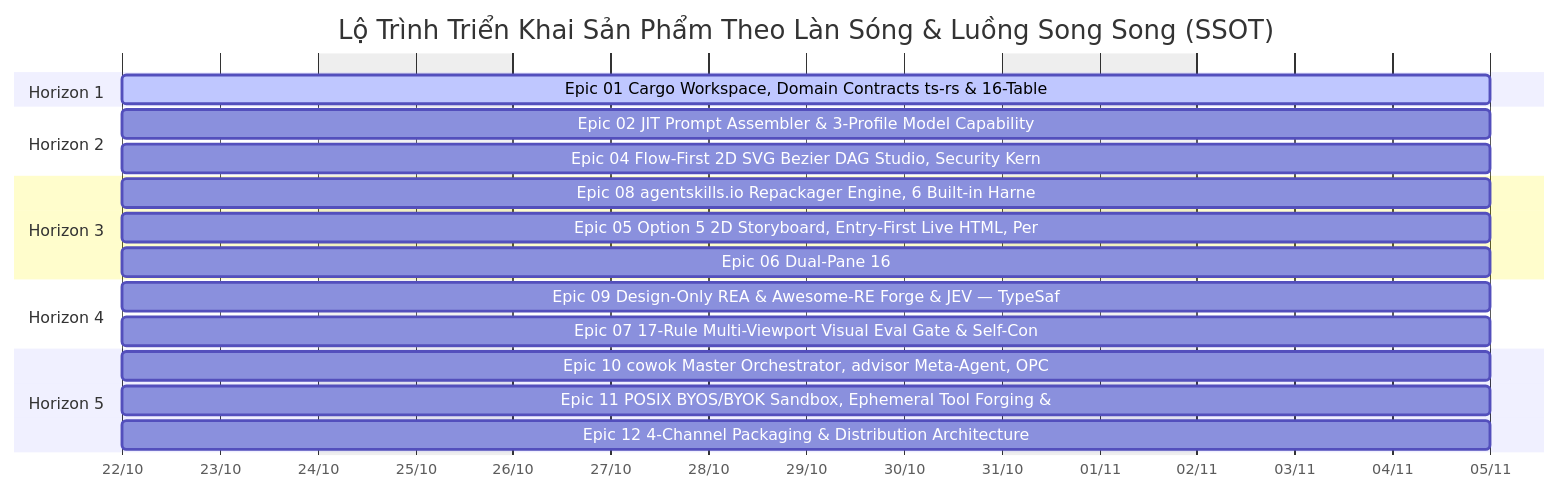
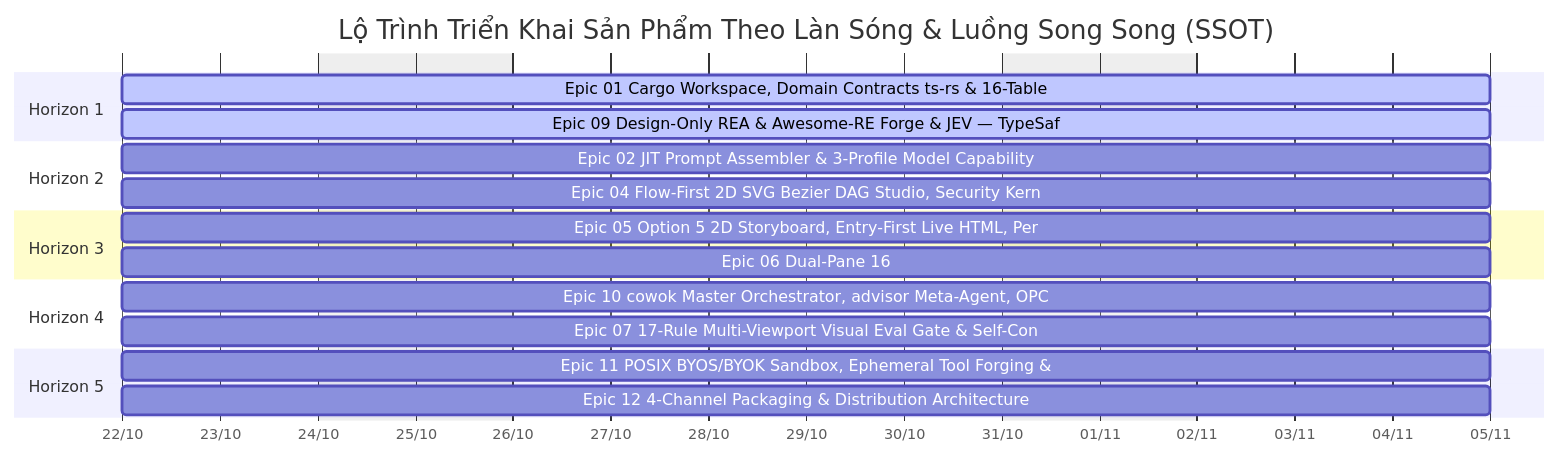
One commit to Nam123321/cowok-design changed the second of 2 diagrams in _iwish-output/3. Development/development-roadmap.md. Above: the diagram before and after it, drawn with Mermaid. The commit also changed other lines of this file and 149 other files, not shown here.

````diff
--- a/_iwish-output/3. Development/development-roadmap.md
+++ b/_iwish-output/3. Development/development-roadmap.md
@@ -134,24 +132,23 @@
 ```mermaid
 gantt
     title Lộ Trình Triển Khai Sản Phẩm Theo Làn Sóng & Luồng Song Song (SSOT)
     dateFormat  YYYY-MM-DD
     axisFormat  %d/%m
     excludes    weekends
 
     section Horizon 1
     Epic 01 Cargo Workspace, Domain Contracts ts-rs & 16-Table :active, e01, 2026-10-22, 10d
+    Epic 09 Design-Only REA & Awesome-RE Forge & JEV — TypeSaf :active, e09, 2026-10-22, 10d
     section Horizon 2
     Epic 02 JIT Prompt Assembler & 3-Profile Model Capability  : e02, 2026-10-22, 10d
     Epic 04 Flow-First 2D SVG Bezier DAG Studio, Security Kern : e04, 2026-10-22, 10d
     section Horizon 3
-    Epic 08 agentskills.io Repackager Engine, 6 Built-in Harne : e08, 2026-10-22, 10d
     Epic 05 Option 5 2D Storyboard, Entry-First Live HTML, Per : e05, 2026-10-22, 10d
     Epic 06 Dual-Pane 16:9 HTML Presentation & Non-Tech CMS Wo : e06, 2026-10-22, 10d
     section Horizon 4
-    Epic 09 Design-Only REA & Awesome-RE Forge & JEV — TypeSaf : e09, 2026-10-22, 10d
+    Epic 10 cowok Master Orchestrator, advisor Meta-Agent, OPC : e10, 2026-10-22, 10d
     Epic 07 17-Rule Multi-Viewport Visual Eval Gate & Self-Con : e07, 2026-10-22, 10d
     section Horizon 5
-    Epic 10 cowok Master Orchestrator, advisor Meta-Agent, OPC : e10, 2026-10-22, 10d
     Epic 11 POSIX BYOS/BYOK Sandbox, Ephemeral Tool Forging &  : e11, 2026-10-22, 10d
     Epic 12 4-Channel Packaging & Distribution Architecture : e12, 2026-10-22, 10d
 ```
````
